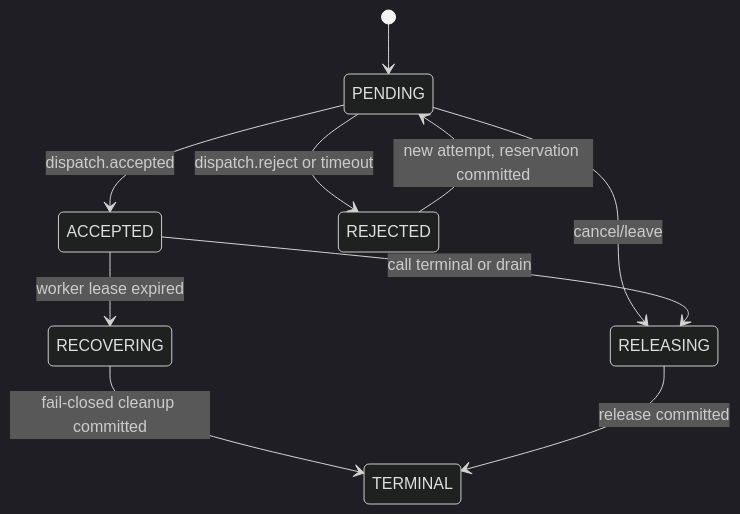
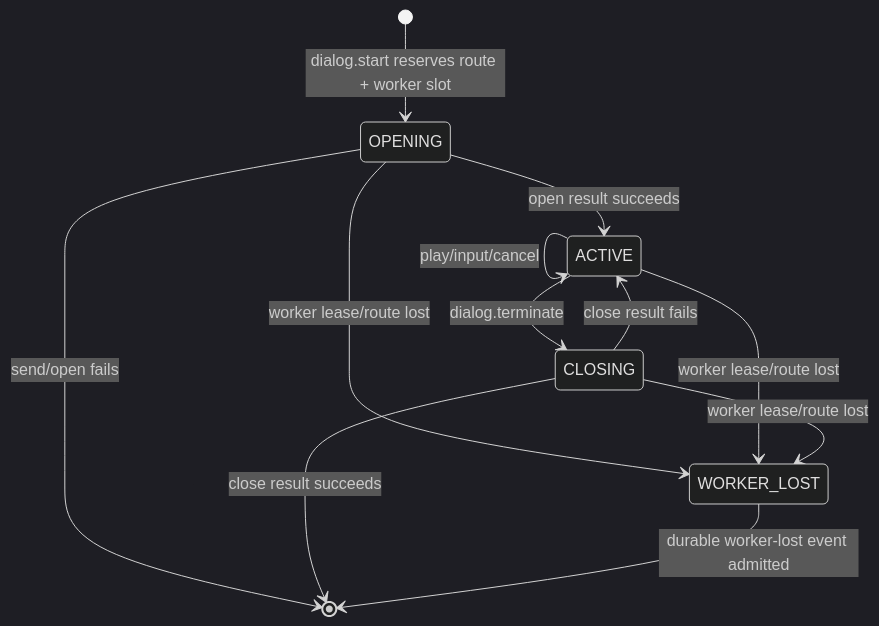
One commit to qigao/turbomedia changed the sixth of 9 diagrams in webrtc/docs/ivr-production-readiness-design-zh.md. Above: the diagram before and after it, drawn with Mermaid (dark theme). The commit also changed other lines of this file and 133 other files, not shown here.

Commit message:
refactor(webrtc): work mode update - [x] webtc/sip as standalone server - [x] remove turboxml support from webrtc - [x] sync with FlowMQ update - [x] talk to xml server with flowmq

````diff
--- a/webrtc/docs/ivr-production-readiness-design-zh.md
+++ b/webrtc/docs/ivr-production-readiness-design-zh.md
@@ -312,12 +310,14 @@
 ```mermaid
 stateDiagram-v2
-    [*] --> PENDING
-    PENDING --> ACCEPTED: dispatch.accepted
-    PENDING --> REJECTED: dispatch.reject or timeout
-    REJECTED --> PENDING: new attempt, reservation committed
-    ACCEPTED --> RECOVERING: worker lease expired
-    RECOVERING --> TERMINAL: fail-closed cleanup committed
-    PENDING --> RELEASING: cancel/leave
-    ACCEPTED --> RELEASING: call terminal or drain
-    RELEASING --> TERMINAL: release committed
+  [*] --> OPENING: dialog.start reserves route + worker slot
+  OPENING --> ACTIVE: open result succeeds
+  OPENING --> [*]: send/open fails
+  ACTIVE --> ACTIVE: play/input/cancel
+  ACTIVE --> CLOSING: dialog.terminate
+  CLOSING --> [*]: close result succeeds
+  CLOSING --> ACTIVE: close result fails
+  OPENING --> WORKER_LOST: worker lease/route lost
+  ACTIVE --> WORKER_LOST: worker lease/route lost
+  CLOSING --> WORKER_LOST: worker lease/route lost
+  WORKER_LOST --> [*]: durable worker-lost event admitted
 ```
````
